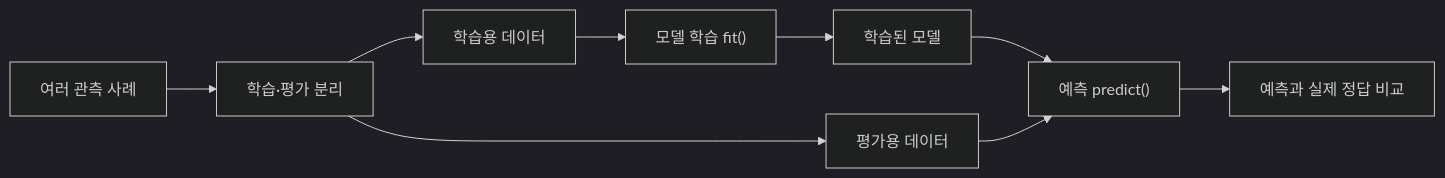
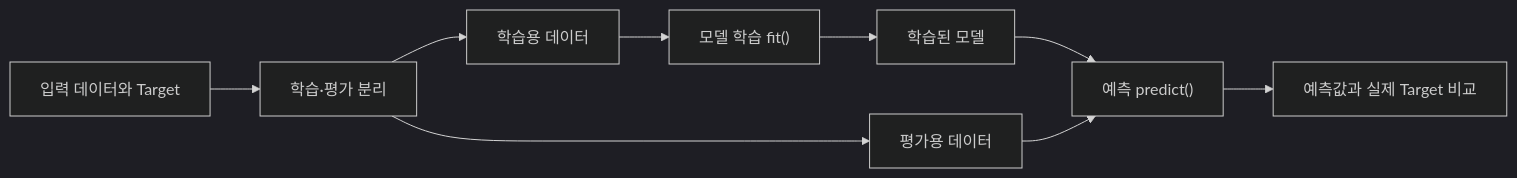
One commit to JSeong2024/MYPAUL-PYTHONEDU changed the second of 2 diagrams in MoreStudy/AI/Chapter-01/README.md. Above: the diagram before and after it, drawn with Mermaid (dark theme). The commit also changed other lines of this file, not shown here.

````diff
--- a/MoreStudy/AI/Chapter-01/README.md
+++ b/MoreStudy/AI/Chapter-01/README.md
@@ -206,11 +206,11 @@
 ```mermaid
 flowchart LR
-    D["여러 관측 사례"] --> S["학습·평가 분리"]
+    D["입력 데이터와 Target"] --> S["학습·평가 분리"]
     S --> T["학습용 데이터"]
     S --> E["평가용 데이터"]
     T --> F["모델 학습 fit()"]
     F --> M["학습된 모델"]
     M --> P["예측 predict()"]
     E --> P
-    P --> R["예측과 실제 정답 비교"]
+    P --> R["예측값과 실제 Target 비교"]
 ```
````
